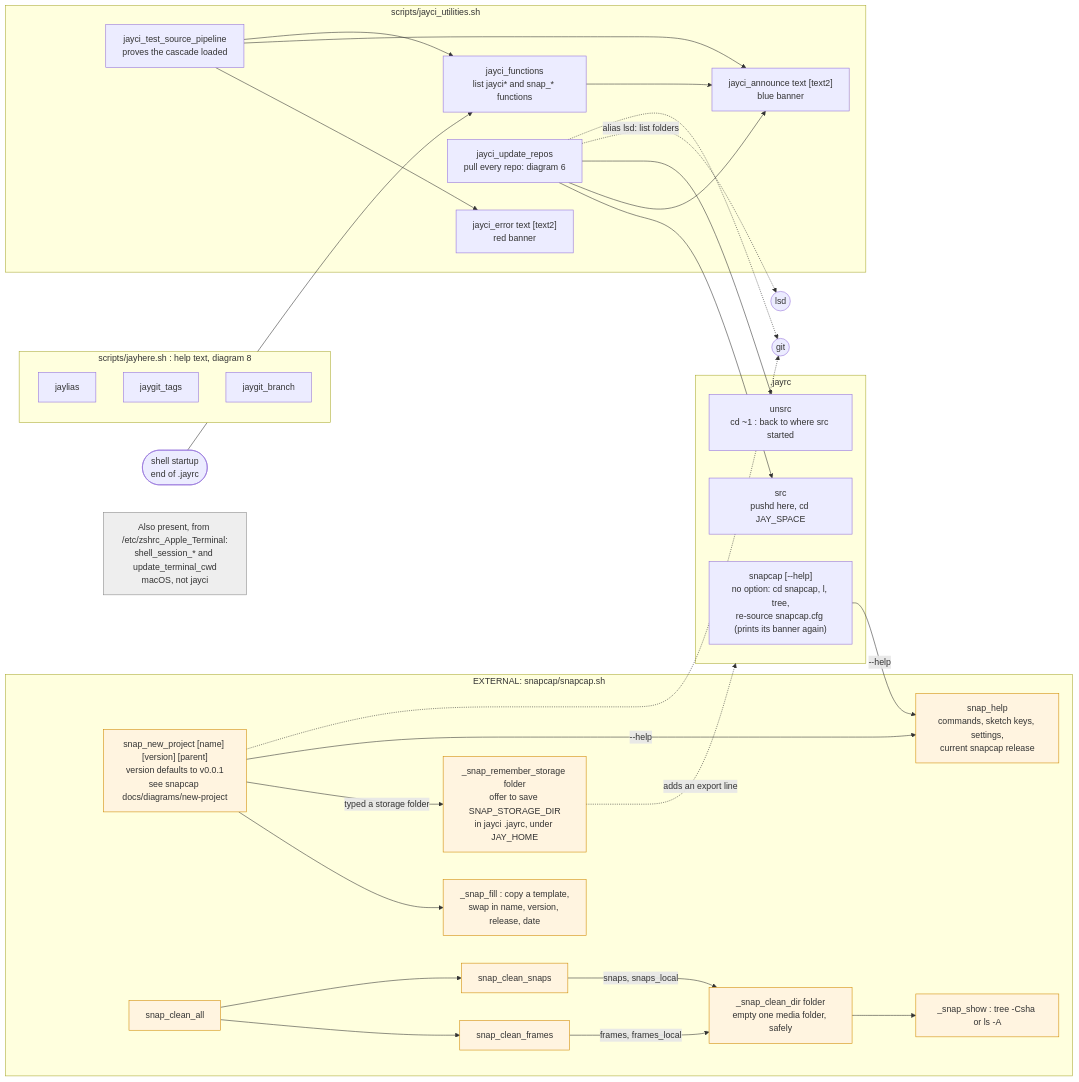
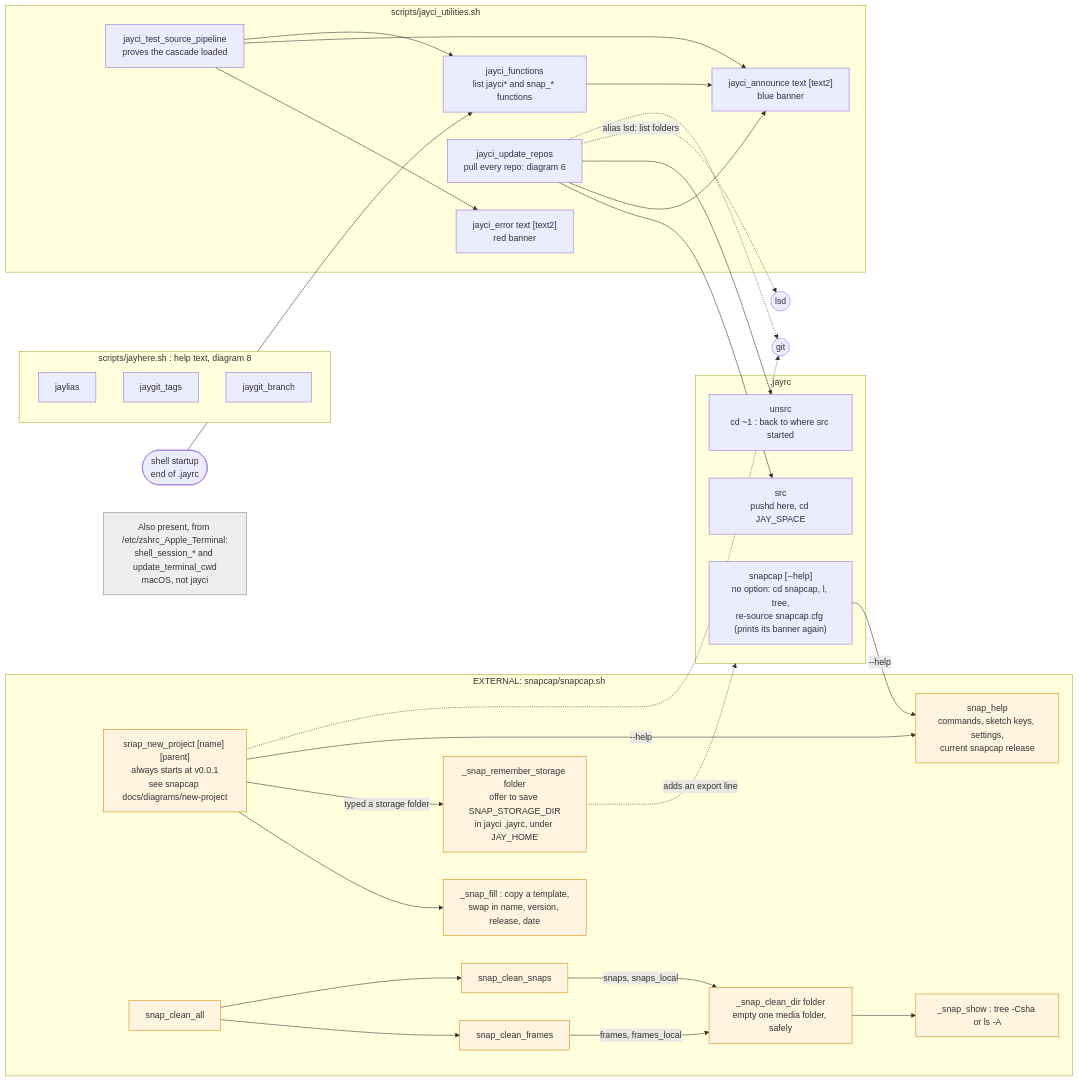
The diagram in docs/diagrams/5-functions.mmd (jaycody/jayci), drawn with Mermaid before and after one commit. The commit also changed 1 other file, not shown here.

Commit message:
5-functions diagram: snap_new_project [name] [parent], always v0.0.1

```diff
--- a/docs/diagrams/5-functions.mmd
+++ b/docs/diagrams/5-functions.mmd
@@ -1,63 +1,63 @@
 %% 5. Every shell function, the file that defines it, and what it calls.
 flowchart LR
     subgraph JAYRC [".jayrc"]
         src["src<br/>pushd here, cd JAY_SPACE"]
         unsrc["unsrc<br/>cd ~1 : back to where src started"]
         sc["snapcap [--help]<br/>no option: cd snapcap, l, tree,<br/>re-source snapcap.cfg (prints its banner again)"]
     end
 
     subgraph UTIL ["scripts/jayci_utilities.sh"]
         ann["jayci_announce text [text2]<br/>blue banner"]
         err["jayci_error text [text2]<br/>red banner"]
         fns["jayci_functions<br/>list jayci* and snap_* functions"]
         test["jayci_test_source_pipeline<br/>proves the cascade loaded"]
         upd["jayci_update_repos<br/>pull every repo: diagram 6"]
     end
 
     subgraph HERE ["scripts/jayhere.sh : help text, diagram 8"]
         jl["jaylias"]
         jt["jaygit_tags"]
         jb["jaygit_branch"]
     end
 
     subgraph SNAP ["EXTERNAL: snapcap/snapcap.sh"]
-        np["snap_new_project [name] [version] [parent]<br/>version defaults to v0.0.1<br/>see snapcap docs/diagrams/new-project"]
+        np["snap_new_project [name] [parent]<br/>always starts at v0.0.1<br/>see snapcap docs/diagrams/new-project"]
         hp["snap_help<br/>commands, sketch keys, settings,<br/>current snapcap release"]
         fill["_snap_fill : copy a template,<br/>swap in name, version, release, date"]
         rem["_snap_remember_storage folder<br/>offer to save SNAP_STORAGE_DIR<br/>in jayci .jayrc, under JAY_HOME"]
         ca["snap_clean_all"]
         cf["snap_clean_frames"]
         cs["snap_clean_snaps"]
         cd1["_snap_clean_dir folder<br/>empty one media folder, safely"]
         show["_snap_show : tree -Csha or ls -A"]
     end
 
     test --> err
     test --> ann
     test --> fns
     fns --> ann
     upd --> src
     upd --> ann
     upd --> unsrc
     upd -.->|"alias lsd: list folders"| LSD(("lsd"))
     upd -.-> GIT(("git"))
 
     np --> fill
     np -->|"typed a storage folder"| rem
     rem -.->|"adds an export line"| JAYRC
     np -->|"--help"| hp
     sc -->|"--help"| hp
     np -.-> GIT
     ca --> cf
     ca --> cs
     cf -->|"frames, frames_local"| cd1
     cs -->|"snaps, snaps_local"| cd1
     cd1 --> show
 
     STARTUP(["shell startup<br/>end of .jayrc"]) --> fns
     MAC["Also present, from /etc/zshrc_Apple_Terminal:<br/>shell_session_* and update_terminal_cwd<br/>macOS, not jayci"]
 
     classDef ext fill:#fff4e0,stroke:#d08a00,color:#333
     classDef sys fill:#eeeeee,stroke:#888,color:#333
     class np,fill,rem,ca,cf,cs,cd1,show,hp ext
     class MAC sys
```
